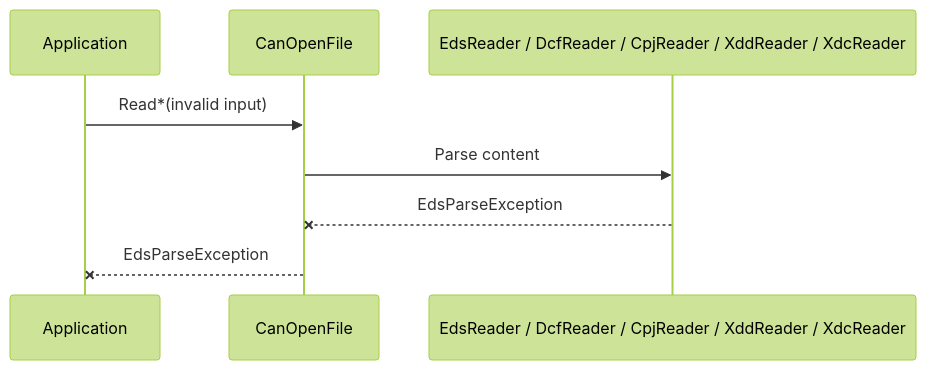
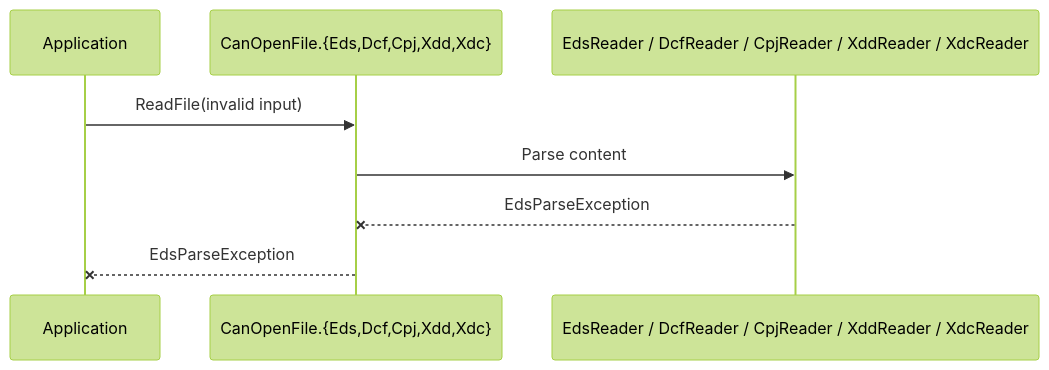
One commit to dborgards/eds-dcf-net changed the ninth of 9 diagrams in docs/architecture/06-runtime-view.md. Above: the diagram before and after it, drawn with Mermaid (forest theme). The commit also changed other lines of this file and 7 other files, not shown here.

First line of the commit message:
docs: align architecture docs, remarks, examples, README with 1.13 surface (#547) (#552)

````diff
--- a/docs/architecture/06-runtime-view.md
+++ b/docs/architecture/06-runtime-view.md
@@ -176,11 +214,11 @@
 ```mermaid
 sequenceDiagram
     participant App as Application
-    participant CF as CanOpenFile
+    participant CF as CanOpenFile.{Eds,Dcf,Cpj,Xdd,Xdc}
     participant Reader as EdsReader / DcfReader / CpjReader / XddReader / XdcReader
 
-    App->>CF: Read*(invalid input)
+    App->>CF: ReadFile(invalid input)
     CF->>Reader: Parse content
     Reader--xCF: EdsParseException
     CF--xApp: EdsParseException
 ```
````
